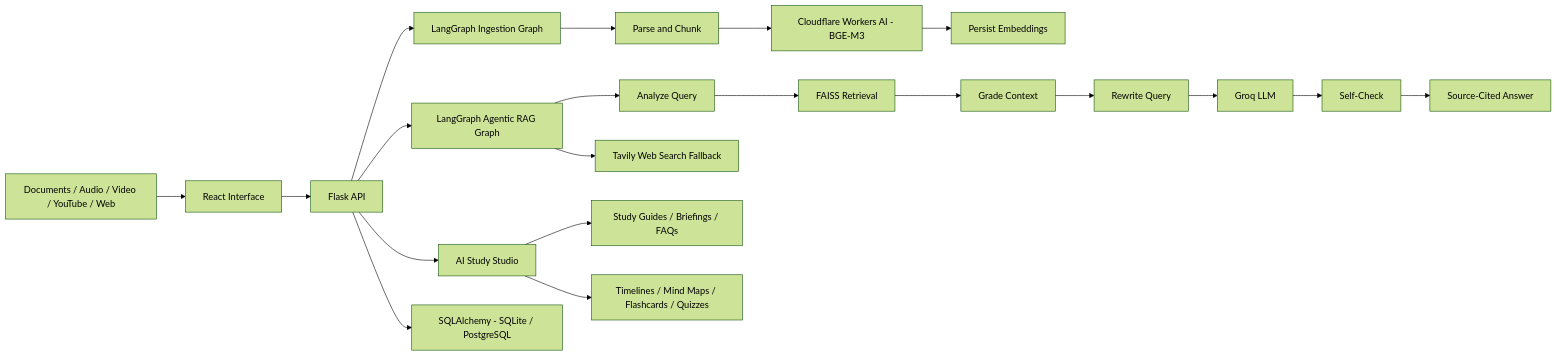
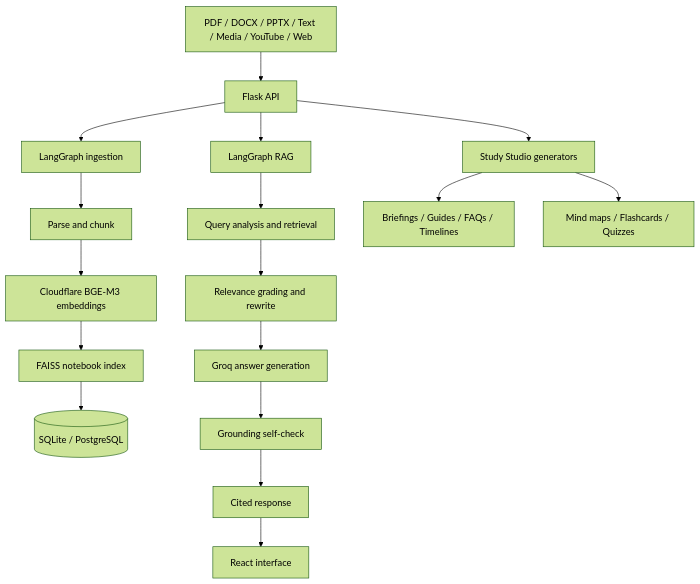
Before and after one commit to srini526/srini526: the second of 2 diagrams in README.md, drawn with Mermaid (forest theme). The commit also changed other lines of this file, not shown here.

````diff
--- a/README.md
+++ b/README.md
@@ -81,22 +77,19 @@
 ```mermaid
-flowchart LR
-    A[Documents / Audio / Video / YouTube / Web] --> B[React Interface]
-    B --> C[Flask API]
-    C --> D[LangGraph Ingestion Graph]
-    D --> E[Parse and Chunk]
-    E --> F[Cloudflare Workers AI - BGE-M3]
-    F --> G[Persist Embeddings]
-    C --> H[LangGraph Agentic RAG Graph]
-    H --> I[Analyze Query]
-    I --> J[FAISS Retrieval]
-    J --> K[Grade Context]
-    K --> L[Rewrite Query]
-    L --> M[Groq LLM]
-    M --> N[Self-Check]
-    N --> O[Source-Cited Answer]
-    C --> P[AI Study Studio]
-    P --> Q[Study Guides / Briefings / FAQs]
-    P --> R[Timelines / Mind Maps / Flashcards / Quizzes]
-    C --> S[SQLAlchemy - SQLite / PostgreSQL]
-    H --> T[Tavily Web Search Fallback]
+flowchart TD
+    A[PDF / DOCX / PPTX / Text / Media / YouTube / Web] --> B[Flask API]
+    B --> C[LangGraph ingestion]
+    C --> D[Parse and chunk]
+    D --> E[Cloudflare BGE-M3 embeddings]
+    E --> F[FAISS notebook index]
+    F --> G[(SQLite / PostgreSQL)]
+    B --> H[LangGraph RAG]
+    H --> I[Query analysis and retrieval]
+    I --> J[Relevance grading and rewrite]
+    J --> K[Groq answer generation]
+    K --> L[Grounding self-check]
+    L --> M[Cited response]
+    B --> N[Study Studio generators]
+    N --> O[Briefings / Guides / FAQs / Timelines]
+    N --> P[Mind maps / Flashcards / Quizzes]
+    M --> Q[React interface]
 ```
````
